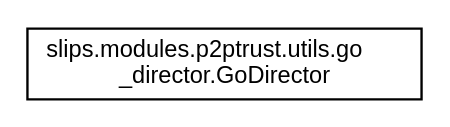
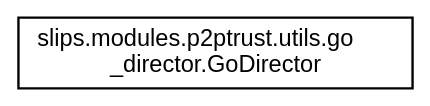
One commit to stratosphereips/StratosphereLinuxIPS changed the diagram in docs/inherit_graph_9.dot. Above: the diagram before and after it, drawn with Graphviz. The commit also changed 345 other files, not shown here.

```diff
--- a/docs/inherit_graph_9.dot
+++ b/docs/inherit_graph_9.dot
@@ -1,8 +1,9 @@
 digraph "Graphical Class Hierarchy"
 {
  // LATEX_PDF_SIZE
+  bgcolor="transparent";
   edge [fontname="Helvetica",fontsize="10",labelfontname="Helvetica",labelfontsize="10"];
   node [fontname="Helvetica",fontsize="10",shape=record];
   rankdir="LR";
-  Node0 [label="slips.modules.p2ptrust.utils.go\l_director.GoDirector",height=0.2,width=0.4,color="black", fillcolor="white", style="filled",URL="$d0/df5/classslips_1_1modules_1_1p2ptrust_1_1utils_1_1go__director_1_1GoDirector.html",tooltip=" "];
+  Node0 [label="slips.modules.p2ptrust.utils.go\l_director.GoDirector",height=0.2,width=0.4,color="black",URL="$db/d89/classslips_1_1modules_1_1p2ptrust_1_1utils_1_1go__director_1_1_go_director.html",tooltip=" "];
 }
```
